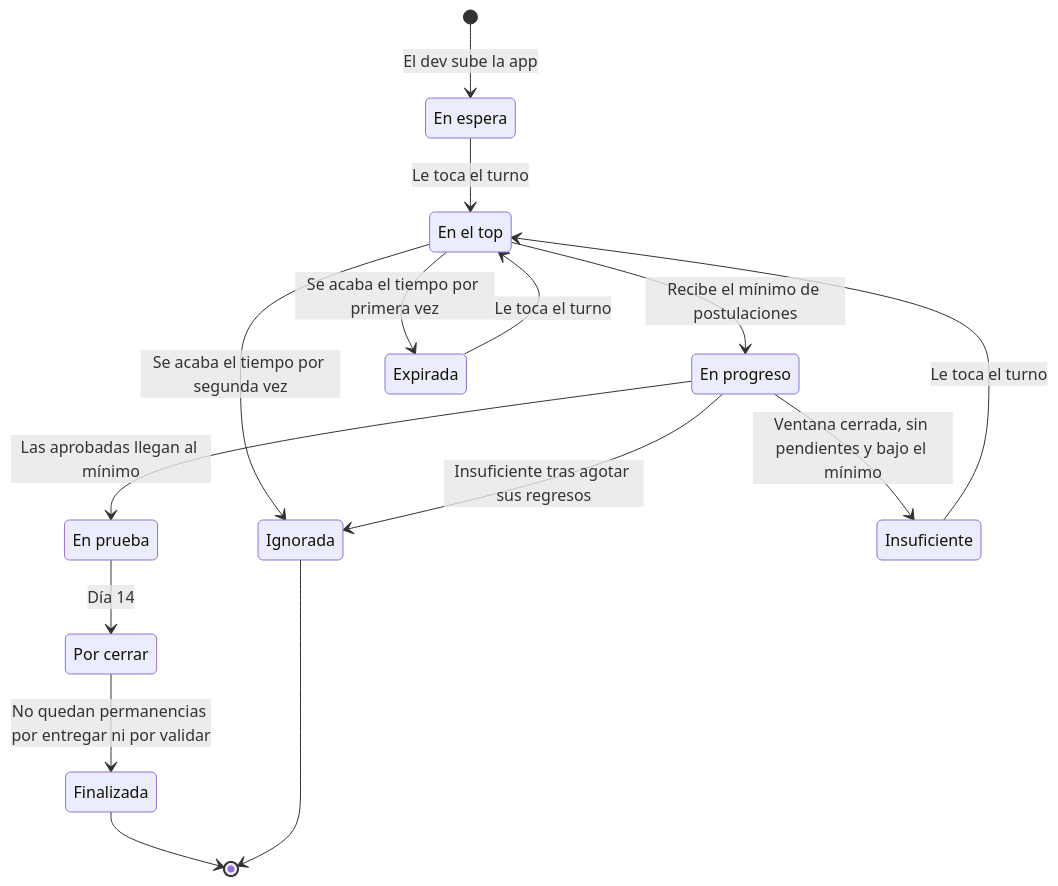
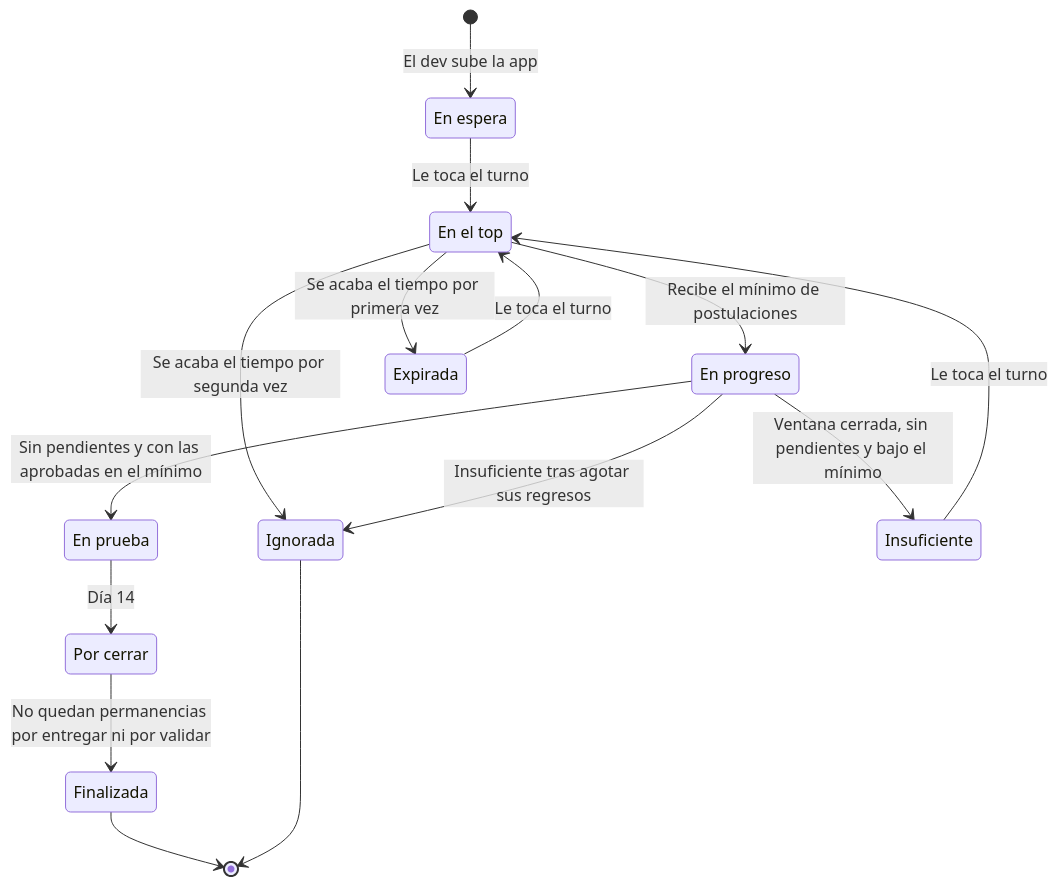
The diagram in docs/PRD.md (javiier507/testers-republic), drawn with Mermaid before and after one commit. The commit also changed other lines of this file and 1 other file, not shown here.

````diff
--- a/docs/PRD.md
+++ b/docs/PRD.md
@@ -177,23 +177,23 @@
 ```mermaid
 stateDiagram-v2
     state "En espera" as EnEspera
     state "En el top" as EnElTop
     state "En progreso" as EnProgreso
     state "En prueba" as EnPrueba
     state "Por cerrar" as PorCerrar
 
     [*] --> EnEspera: El dev sube la app
     EnEspera --> EnElTop: Le toca el turno
     EnElTop --> EnProgreso: Recibe el mínimo de postulaciones
     EnElTop --> Expirada: Se acaba el tiempo por primera vez
     EnElTop --> Ignorada: Se acaba el tiempo por segunda vez
-    EnProgreso --> EnPrueba: Las aprobadas llegan al mínimo
+    EnProgreso --> EnPrueba: Sin pendientes y con las aprobadas en el mínimo
     EnProgreso --> Insuficiente: Ventana cerrada, sin pendientes y bajo el mínimo
     EnProgreso --> Ignorada: Insuficiente tras agotar sus regresos
     Insuficiente --> EnElTop: Le toca el turno
     Expirada --> EnElTop: Le toca el turno
     EnPrueba --> PorCerrar: Día 14
     PorCerrar --> Finalizada: No quedan permanencias por entregar ni por validar
     Finalizada --> [*]
     Ignorada --> [*]
 ```
````
